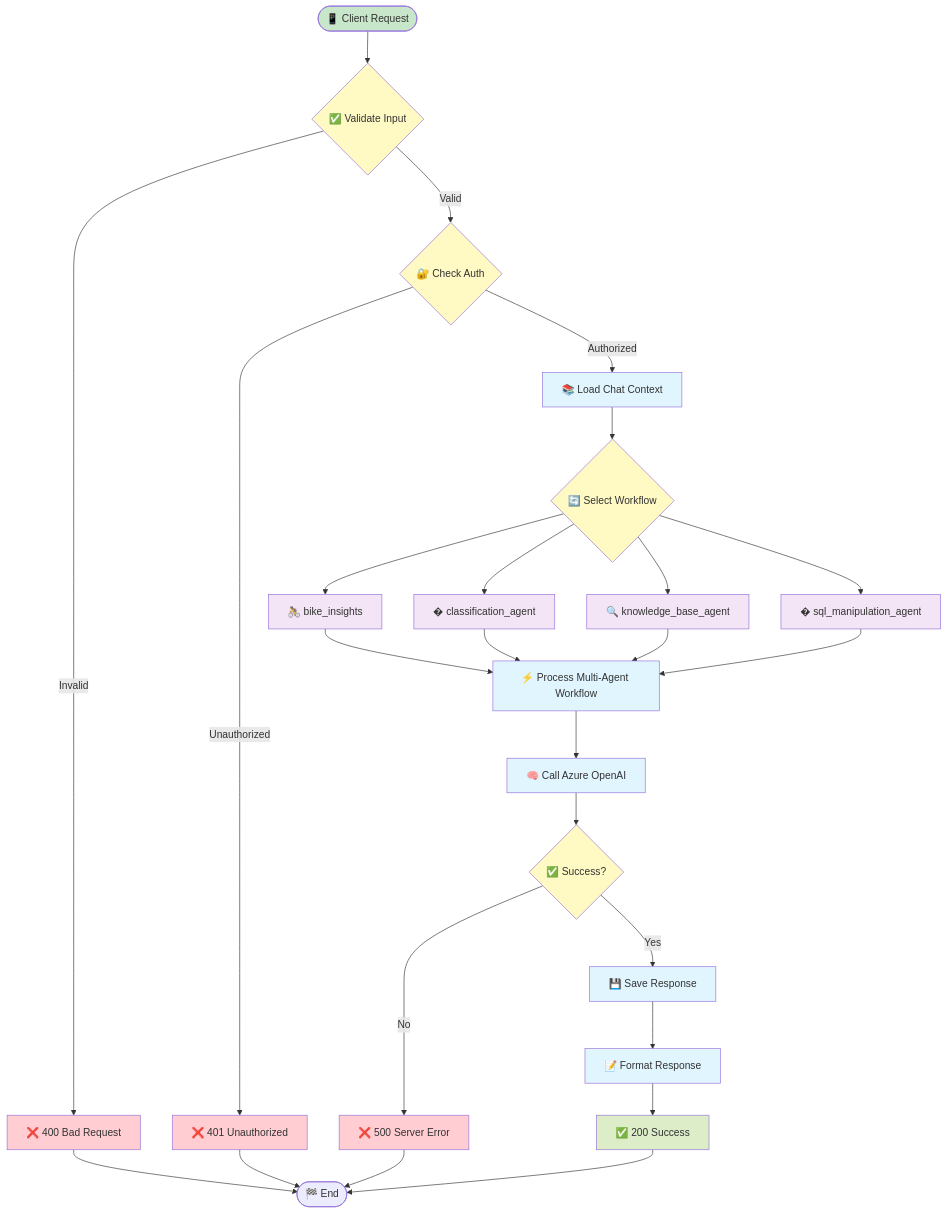
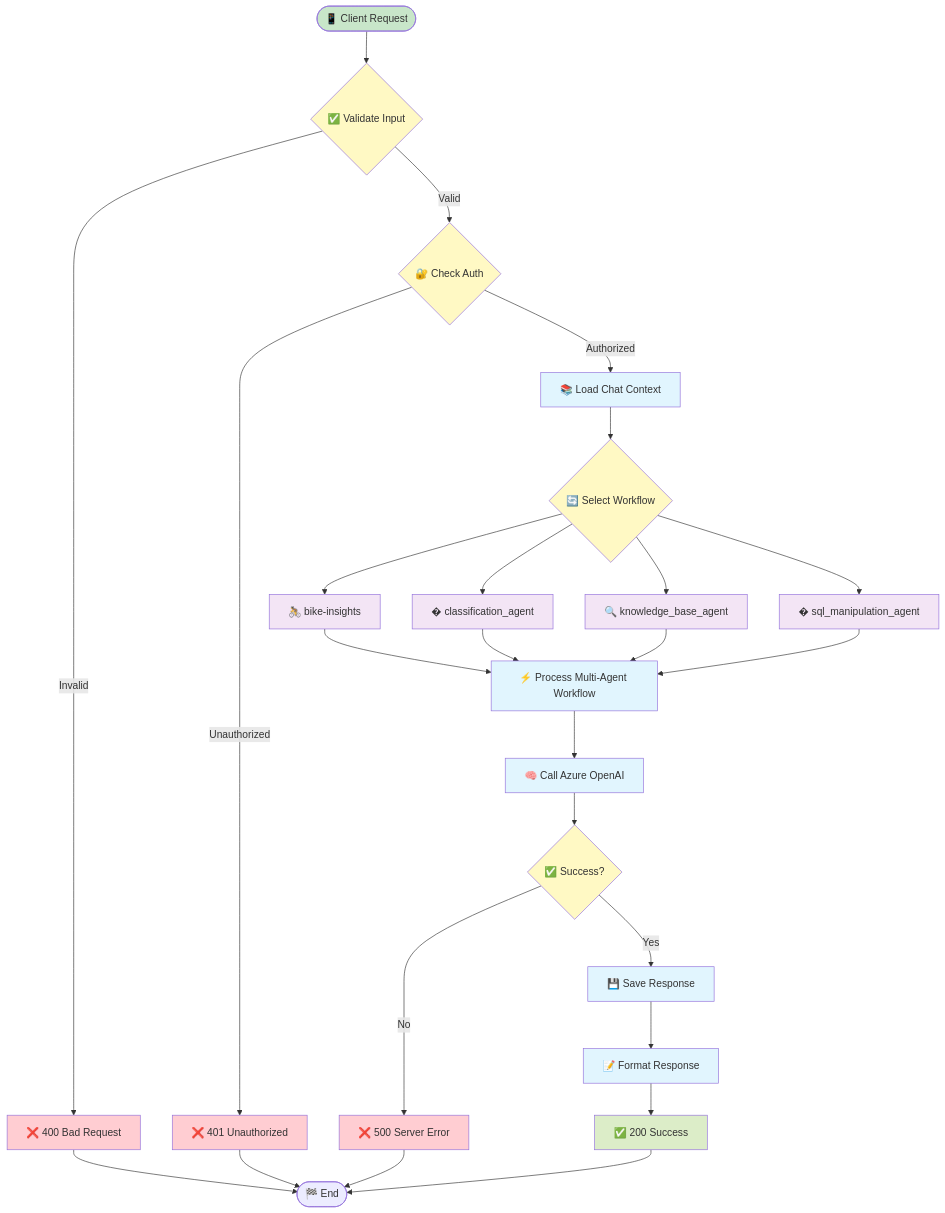
One commit to the-ingenious-dark-knight/Insight_Ingenious changed the fourth of 6 diagrams in docs/api/README.md. Above: the diagram before and after it, drawn with Mermaid. The commit also changed other lines of this file and 3 other files, not shown here.

````diff
--- a/docs/api/README.md
+++ b/docs/api/README.md
@@ -151,48 +151,48 @@
 ```mermaid
 flowchart TD
     START([📱 Client Request]) --> VALIDATE{✅ Validate Input}
     VALIDATE -->|Valid| AUTH{🔐 Check Auth}
     VALIDATE -->|Invalid| ERROR_400[❌ 400 Bad Request]
 
     AUTH -->|Authorized| LOAD_CONTEXT[📚 Load Chat Context]
     AUTH -->|Unauthorized| ERROR_401[❌ 401 Unauthorized]
 
     LOAD_CONTEXT --> SELECT_WORKFLOW{🔄 Select Workflow}
-    SELECT_WORKFLOW --> BIKE_INSIGHTS[🚴 bike_insights]
+    SELECT_WORKFLOW --> BIKE_INSIGHTS[🚴 bike-insights]
     SELECT_WORKFLOW --> CLASSIFICATION[� classification_agent]
     SELECT_WORKFLOW --> KNOWLEDGE_BASE[🔍 knowledge_base_agent]
     SELECT_WORKFLOW --> SQL_AGENT[�️ sql_manipulation_agent]
 
     BIKE_INSIGHTS --> PROCESS_MESSAGE[⚡ Process Multi-Agent Workflow]
     CLASSIFICATION --> PROCESS_MESSAGE
     KNOWLEDGE_BASE --> PROCESS_MESSAGE
     SQL_AGENT --> PROCESS_MESSAGE
 
     PROCESS_MESSAGE --> LLM_CALL[🧠 Call Azure OpenAI]
     LLM_CALL --> SUCCESS{✅ Success?}
 
     SUCCESS -->|Yes| SAVE_RESPONSE[💾 Save Response]
     SUCCESS -->|No| ERROR_500[❌ 500 Server Error]
 
     SAVE_RESPONSE --> FORMAT_RESPONSE[📝 Format Response]
     FORMAT_RESPONSE --> RETURN_200[✅ 200 Success]
 
     ERROR_400 --> END([🏁 End])
     ERROR_401 --> END
     ERROR_500 --> END
     RETURN_200 --> END
 
     classDef start fill:#c8e6c9
     classDef process fill:#e1f5fe
     classDef decision fill:#fff9c4
     classDef workflow fill:#f3e5f5
     classDef success fill:#dcedc8
     classDef error fill:#ffcdd2
 
     class START start
     class LOAD_CONTEXT,PROCESS_MESSAGE,LLM_CALL,SAVE_RESPONSE,FORMAT_RESPONSE process
     class VALIDATE,AUTH,SELECT_WORKFLOW,SUCCESS decision
     class BIKE_INSIGHTS,CLASSIFICATION,KNOWLEDGE_BASE,SQL_AGENT workflow
     class RETURN_200 success
     class ERROR_400,ERROR_401,ERROR_500 error
 ```
````
